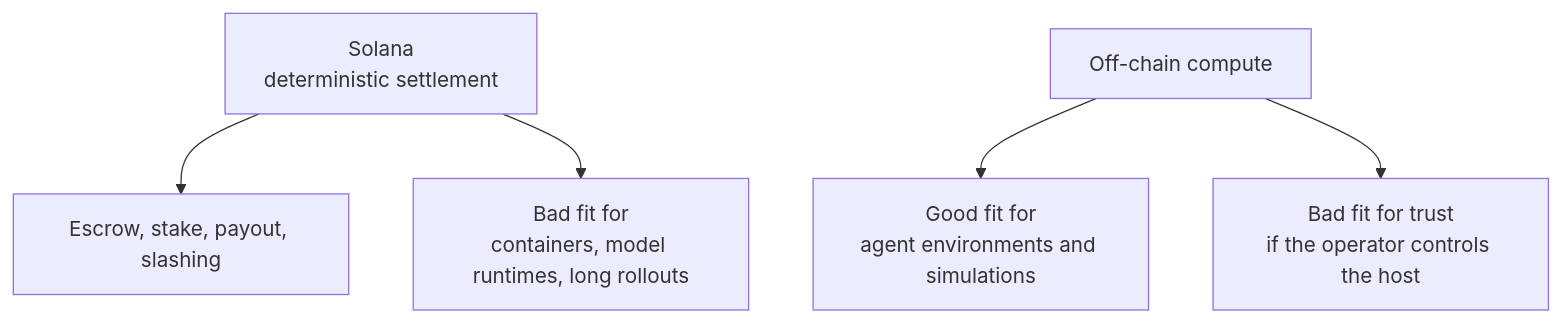
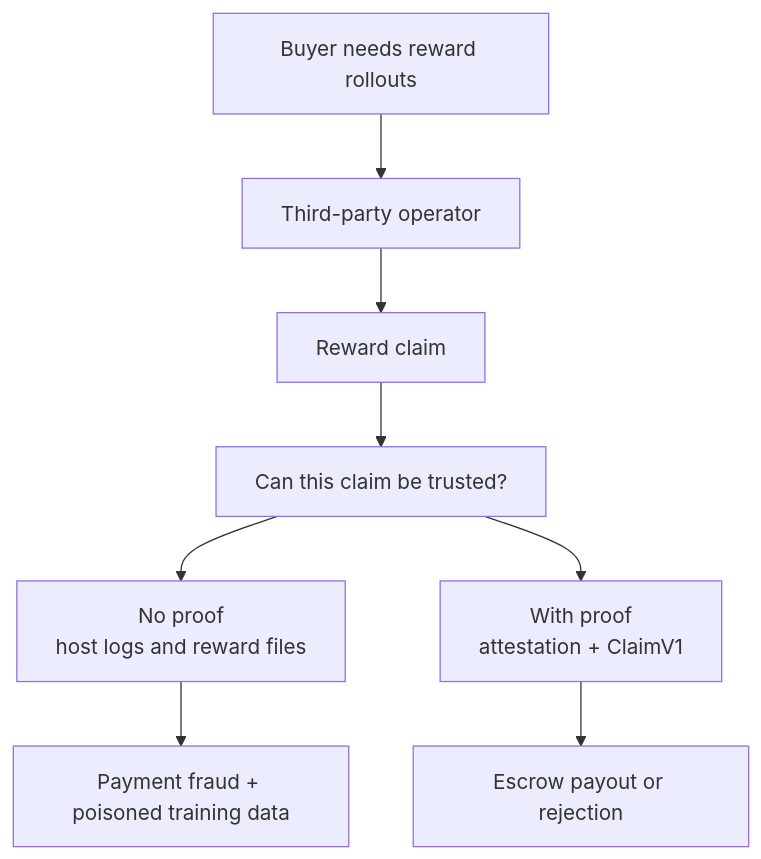
One commit to arakoodev/SolRL changed the second of 14 diagrams in why.md. Above: the diagram before and after it, drawn with Mermaid. The commit also changed other lines of this file, not shown here.

````diff
--- a/why.md
+++ b/why.md
@@ -44,8 +54,12 @@
 ```mermaid
 flowchart TB
-    Chain["Solana<br/>deterministic settlement"] --> Good["Escrow, stake, payout, slashing"]
-    Chain --> Bad["Bad fit for<br/>containers, model runtimes, long rollouts"]
+    Buyer["Buyer needs reward rollouts"] --> Operator["Third-party operator"]
+    Operator --> Claim["Reward claim"]
+    Claim --> Question["Can this claim be trusted?"]
 
-    Offchain["Off-chain compute"] --> Good2["Good fit for<br/>agent environments and simulations"]
-    Offchain --> Bad2["Bad fit for trust<br/>if the operator controls the host"]
+    Question --> NoProof["No proof<br/>host logs and reward files"]
+    Question --> WithProof["With proof<br/>attestation + ClaimV1"]
+
+    NoProof --> Risk["Payment fraud + poisoned training data"]
+    WithProof --> Settlement["Escrow payout or rejection"]
 ```
````
